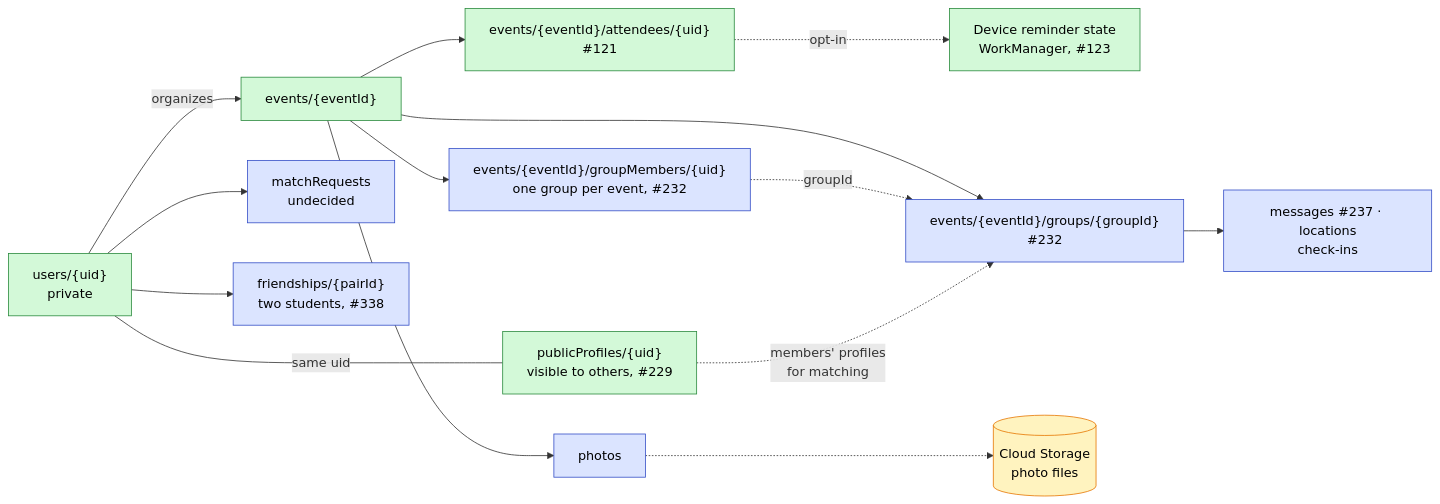
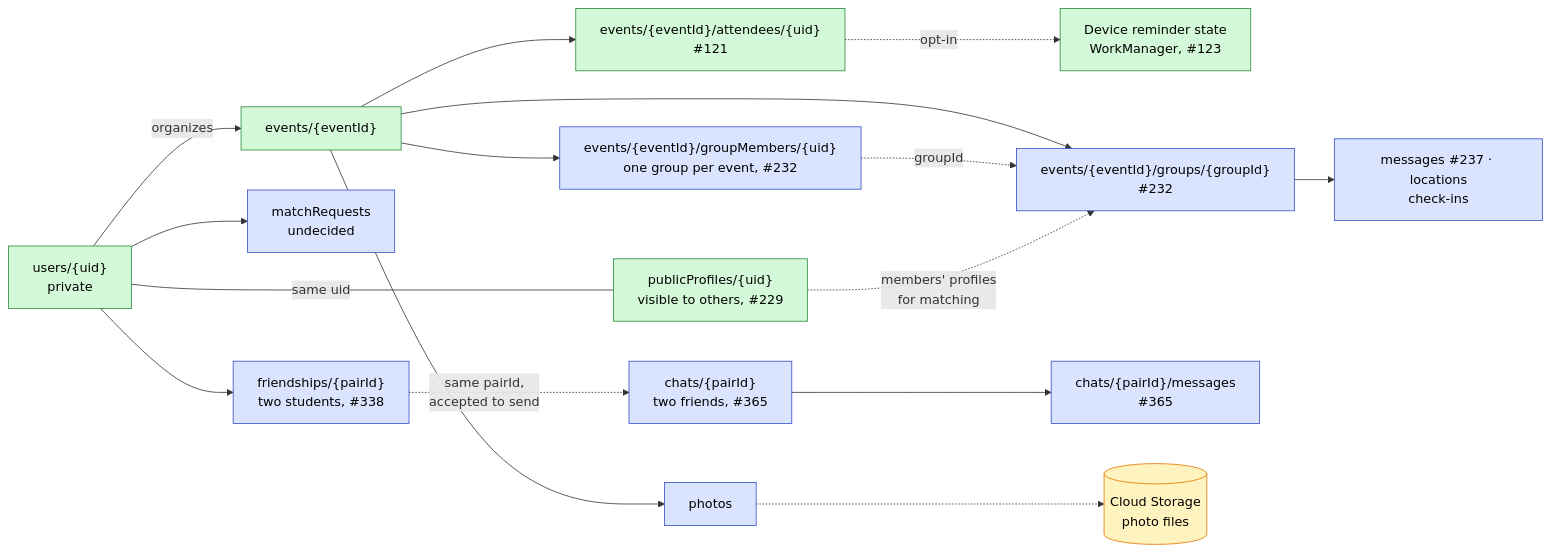
Diagram 14 of 14 in docs/Architecture-Diagram.md (swent-polysocial/PolySocial), drawn with Mermaid before and after one commit. The commit also changed other lines of this file, not shown here.

````diff
--- a/docs/Architecture-Diagram.md
+++ b/docs/Architecture-Diagram.md
@@ -466,33 +519,37 @@
 ```mermaid
 flowchart LR
   classDef s1 fill:#d3f9d8,stroke:#2b8a3e,color:#000
   classDef pb fill:#dbe4ff,stroke:#364fc7,color:#000
   classDef ext fill:#fff3bf,stroke:#e67700,color:#000
 
   users["users/{uid}<br/>private"]:::s1
   pub["publicProfiles/{uid}<br/>visible to others, #229"]:::s1
   events["events/{eventId}"]:::s1
   reg["events/{eventId}/attendees/{uid}<br/>#121"]:::s1
   reminders["Device reminder state<br/>WorkManager, #123"]:::s1
   photos["photos"]:::pb
   groups["events/{eventId}/groups/{groupId}<br/>#232"]:::pb
   marker["events/{eventId}/groupMembers/{uid}<br/>one group per event, #232"]:::pb
   sub["messages #237 · locations<br/>check-ins"]:::pb
   mreq["matchRequests<br/>undecided"]:::pb
   friends["friendships/{pairId}<br/>two students, #338"]:::pb
+  direct["chats/{pairId}<br/>two friends, #365"]:::pb
+  directMsgs["chats/{pairId}/messages<br/>#365"]:::pb
   storage[("Cloud Storage<br/>photo files")]:::ext
 
   users --- |"same uid"| pub
   users -->|"organizes"| events
   events --> reg
   reg -. opt-in .-> reminders
   events --> photos
   photos -.-> storage
   events --> groups
   events --> marker
   marker -. "groupId" .-> groups
   groups --> sub
   pub -. "members' profiles<br/>for matching" .-> groups
   users --> mreq
   users --> friends
+  friends -. "same pairId,<br/>accepted to send" .-> direct
+  direct --> directMsgs
 ```
````
